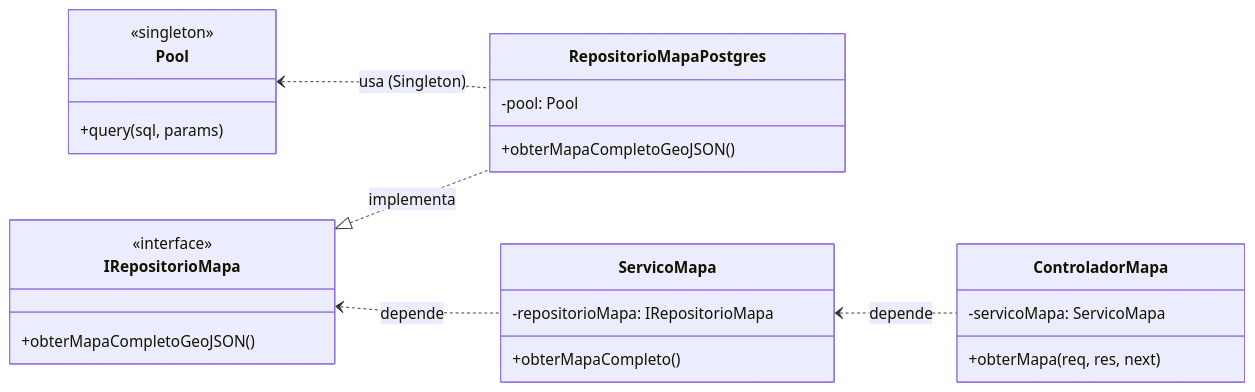
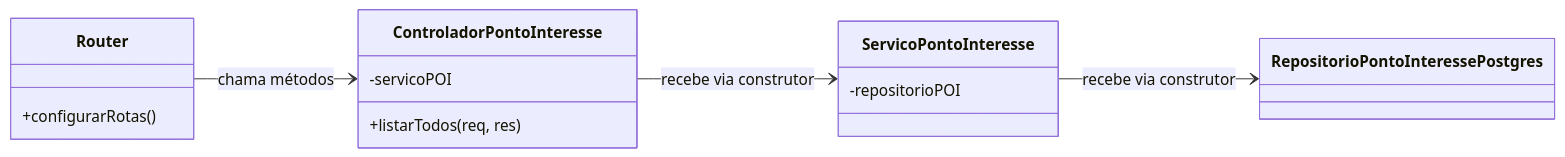
Before and after one commit to VitorMozer9/mapa-colaborativo-ufvjm: the diagram in app/PadroesDeProjeto.md, drawn with Mermaid. The commit also changed 4 other files, not shown here.

````diff
--- a/app/PadroesDeProjeto.md
+++ b/app/PadroesDeProjeto.md
@@ -1,34 +1,21 @@
 ```mermaid
 classDiagram
     direction LR
 
-    class Pool {
-      <<singleton>>
-      +query(sql, params)
+    class Router {
+      +configurarRotas()
     }
 
-    class RepositorioMapaPostgres {
-      -pool: Pool
-      +obterMapaCompletoGeoJSON()
+    class RepositorioPontoInteressePostgres
+    class ServicoPontoInteresse {
+      -repositorioPOI
+    }
+    class ControladorPontoInteresse {
+      -servicoPOI
+      +listarTodos(req, res)
     }
 
-    class IRepositorioMapa {
-      <<interface>>
-      +obterMapaCompletoGeoJSON()
-    }
-
-    class ServicoMapa {
-      -repositorioMapa: IRepositorioMapa
-      +obterMapaCompleto()
-    }
-
-    class ControladorMapa {
-      -servicoMapa: ServicoMapa
-      +obterMapa(req, res, next)
-    }
-
-    Pool <.. RepositorioMapaPostgres : usa (Singleton)
-    IRepositorioMapa <|.. RepositorioMapaPostgres : implementa
-    IRepositorioMapa <.. ServicoMapa : depende
-    ServicoMapa <.. ControladorMapa : depende
+    Router --> ControladorPontoInteresse : chama métodos
+    ControladorPontoInteresse --> ServicoPontoInteresse : recebe via construtor
+    ServicoPontoInteresse --> RepositorioPontoInteressePostgres : recebe via construtor
 ```
````
